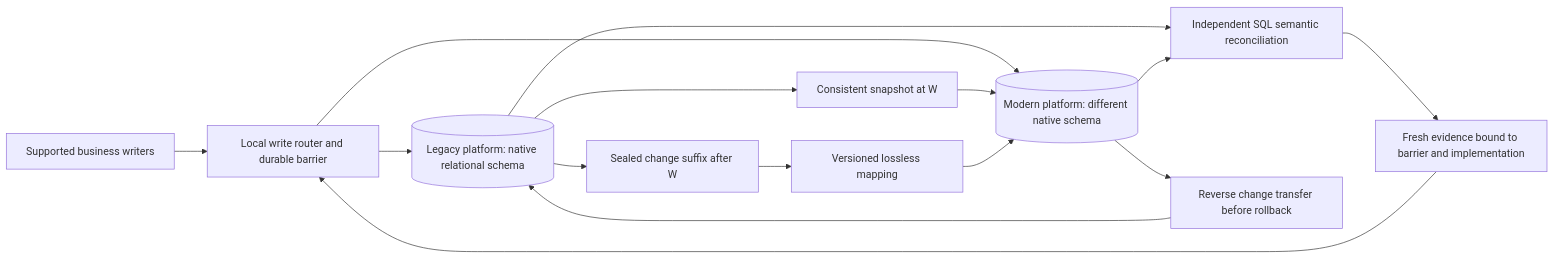
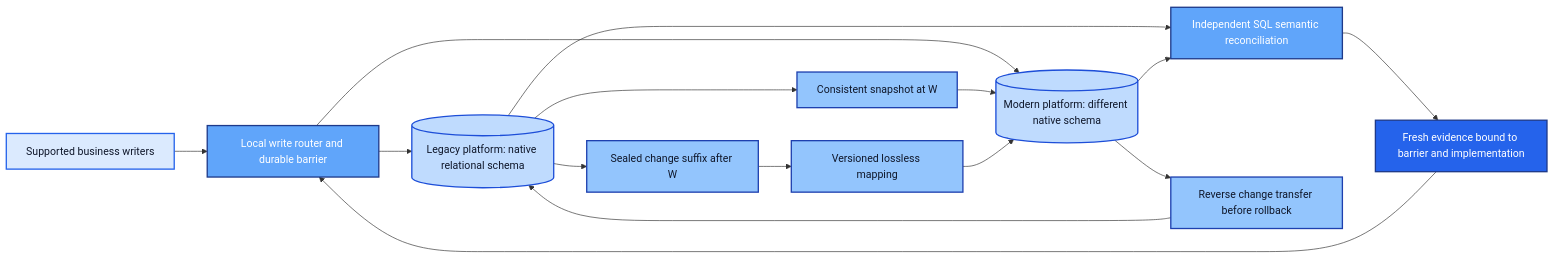
One commit to rlbsem/martech-migration-assurance changed the diagram in README.md. Above: the diagram before and after it, drawn with Mermaid.

Commit message:
Style architecture diagram

````diff
--- a/README.md
+++ b/README.md
@@ -11,17 +11,29 @@
 ```mermaid
 flowchart LR
   W[Supported business writers] --> G[Local write router and durable barrier]
   G --> L[(Legacy platform: native relational schema)]
   G --> N[(Modern platform: different native schema)]
   L --> S[Consistent snapshot at W]
   S --> N
   L --> C[Sealed change suffix after W]
   C --> M[Versioned lossless mapping]
   M --> N
   L --> A[Independent SQL semantic reconciliation]
   N --> A
   A --> P[Fresh evidence bound to barrier and implementation]
   P --> G
   N --> R[Reverse change transfer before rollback]
   R --> L
+
+  classDef input fill:#dbeafe,stroke:#2563eb,color:#0f172a,stroke-width:2px;
+  classDef foundation fill:#bfdbfe,stroke:#1d4ed8,color:#0f172a,stroke-width:2px;
+  classDef process fill:#93c5fd,stroke:#1e40af,color:#0f172a,stroke-width:2px;
+  classDef control fill:#60a5fa,stroke:#1e3a8a,color:#ffffff,stroke-width:2px;
+  classDef output fill:#2563eb,stroke:#1e3a8a,color:#ffffff,stroke-width:2px;
+
+  class W input;
+  class L,N foundation;
+  class S,C,M,R process;
+  class G,A control;
+  class P output;
 ```
````
